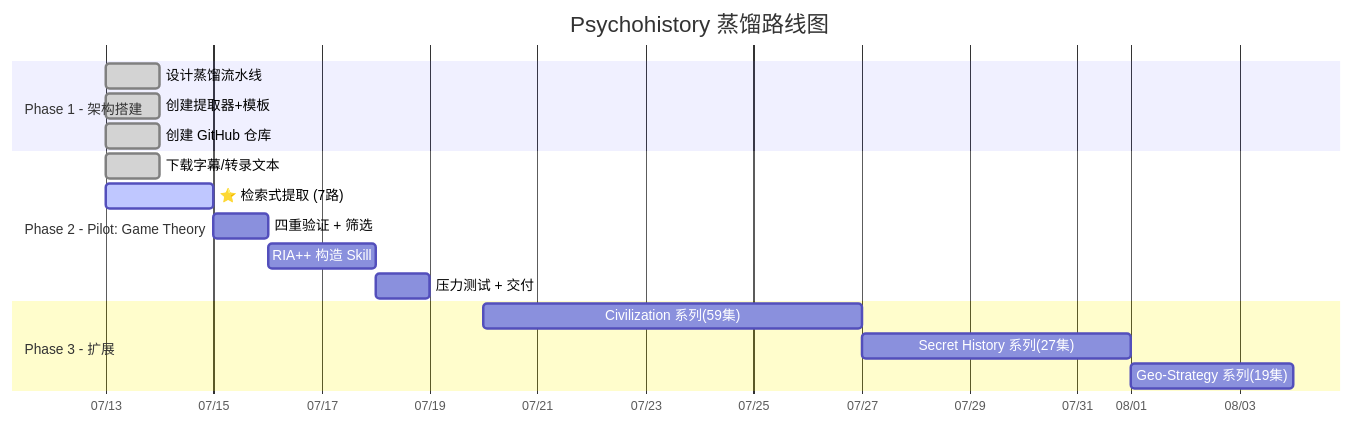
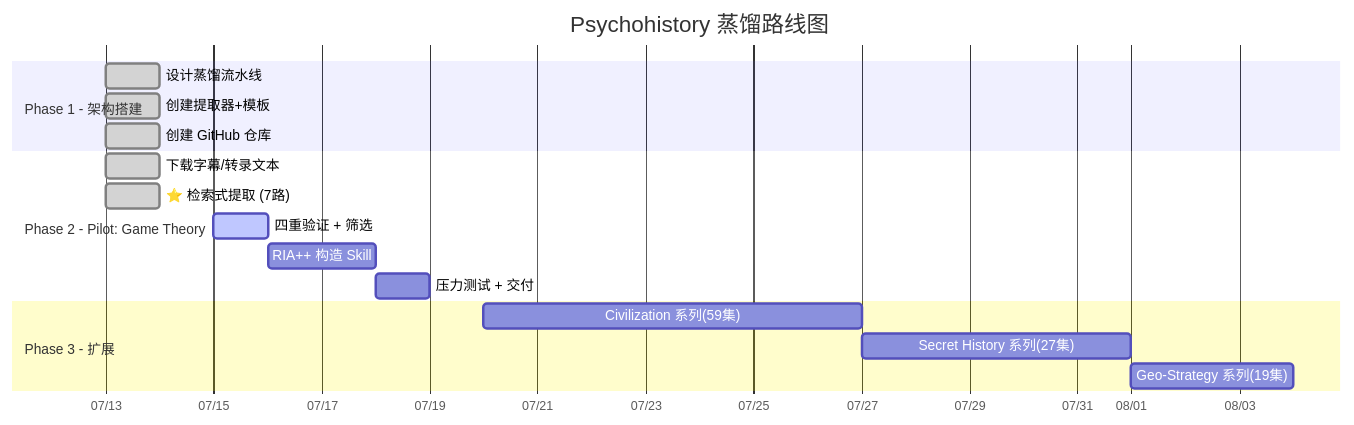
The diagram in PROGRESS.md (chundada/psychohistory), drawn with Mermaid before and after one commit. The commit also changed other lines of this file and 57 other files, not shown here.

````diff
--- a/PROGRESS.md
+++ b/PROGRESS.md
@@ -14,23 +14,23 @@
 ```mermaid
 gantt
     title Psychohistory 蒸馏路线图
     dateFormat  YYYY-MM-DD
     axisFormat  %m/%d
     
     section Phase 1 - 架构搭建
     设计蒸馏流水线           :done, 2026-07-13, 1d
     创建提取器+模板          :done, 2026-07-13, 1d
     创建 GitHub 仓库         :done, 2026-07-13, 1d
     
     section Phase 2 - Pilot: Game Theory
     下载字幕/转录文本        :done, 2026-07-13, 1d
-    ⭐ 检索式提取 (7路)     :active, 2026-07-13, 2d
-    四重验证 + 筛选          :2026-07-15, 1d
+    ⭐ 检索式提取 (7路)     :done, 2026-07-13, 1d
+    四重验证 + 筛选          :active, 2026-07-15, 1d
     RIA++ 构造 Skill         :2026-07-16, 2d
     压力测试 + 交付           :2026-07-18, 1d
 
     section Phase 3 - 扩展
     Civilization 系列(59集)  :2026-07-20, 7d
     Secret History 系列(27集):2026-07-27, 5d
     Geo-Strategy 系列(19集)  :2026-08-01, 3d
 ```
````
